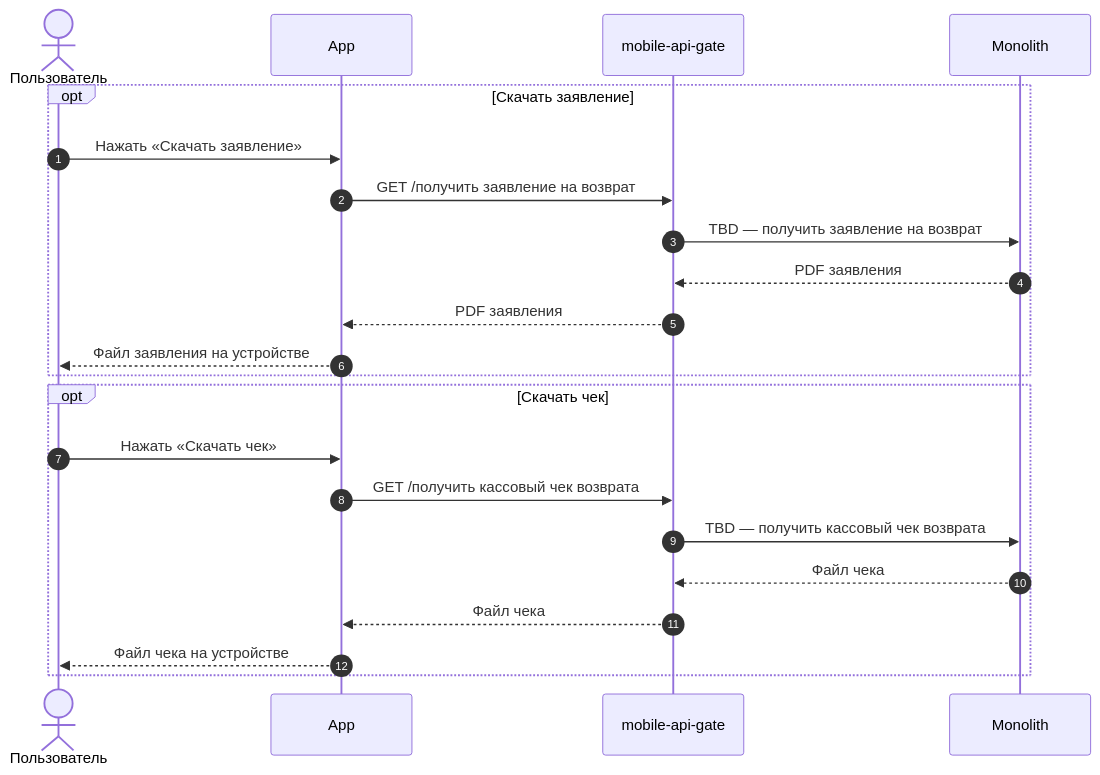
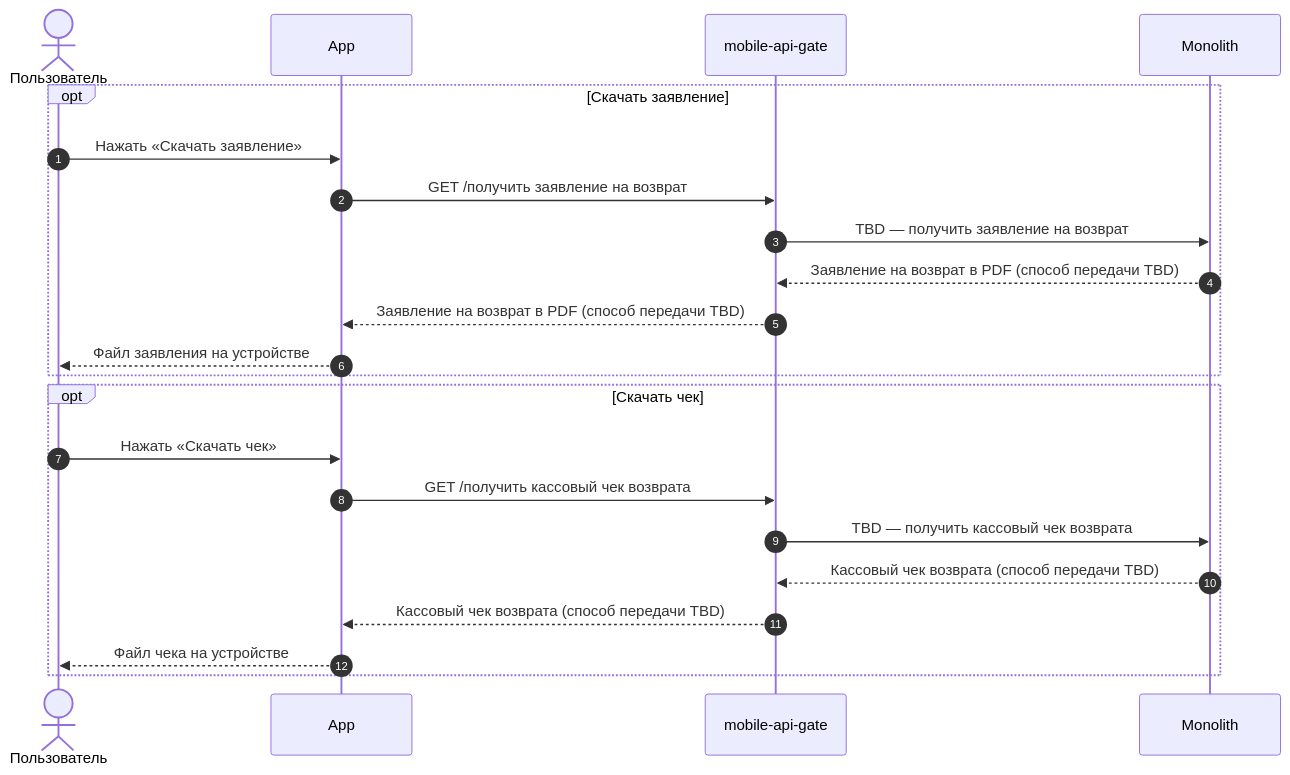
One commit to Terinss155/opencode-agents-analysis changed diagram 23 of 26 in projects/returns-2.0/requirements/srs/srs-mobile-mvp.md. Above: the diagram before and after it, drawn with Mermaid. The commit also changed other lines of this file and 33 other files, not shown here.

````diff
--- a/projects/returns-2.0/requirements/srs/srs-mobile-mvp.md
+++ b/projects/returns-2.0/requirements/srs/srs-mobile-mvp.md
@@ -1457,26 +1509,26 @@
 ```mermaid
 sequenceDiagram
     autonumber
     actor U as Пользователь
     participant APP as App
     participant API as mobile-api-gate
     participant MON as Monolith
 
     opt Скачать заявление
         U->>APP: Нажать «Скачать заявление»
         APP->>API: GET /получить заявление на возврат
         API->>MON: TBD — получить заявление на возврат
-        MON-->>API: PDF заявления
-        API-->>APP: PDF заявления
+        MON-->>API: Заявление на возврат в PDF (способ передачи TBD)
+        API-->>APP: Заявление на возврат в PDF (способ передачи TBD)
         APP-->>U: Файл заявления на устройстве
     end
 
     opt Скачать чек
         U->>APP: Нажать «Скачать чек»
         APP->>API: GET /получить кассовый чек возврата
         API->>MON: TBD — получить кассовый чек возврата
-        MON-->>API: Файл чека
-        API-->>APP: Файл чека
+        MON-->>API: Кассовый чек возврата (способ передачи TBD)
+        API-->>APP: Кассовый чек возврата (способ передачи TBD)
         APP-->>U: Файл чека на устройстве
     end
 ```
````
